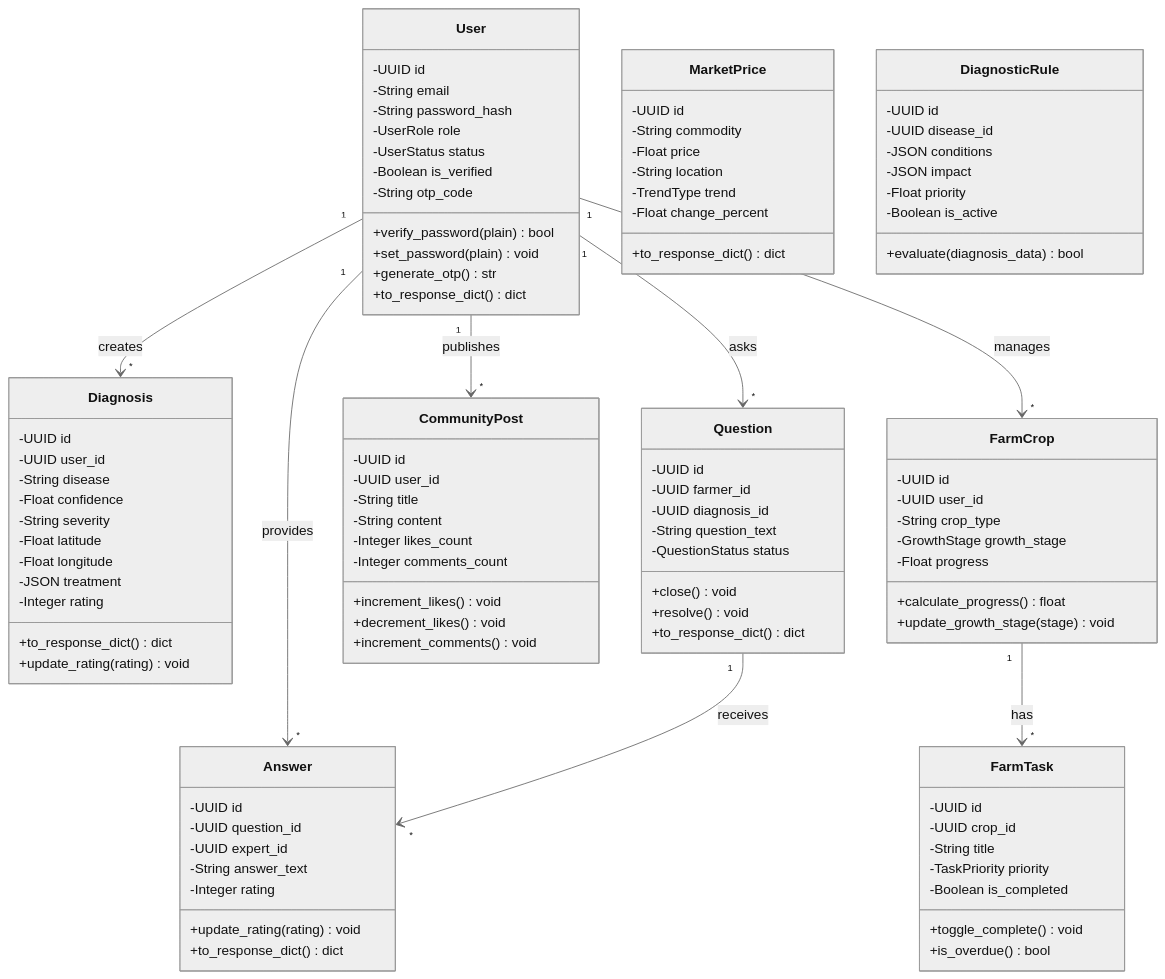
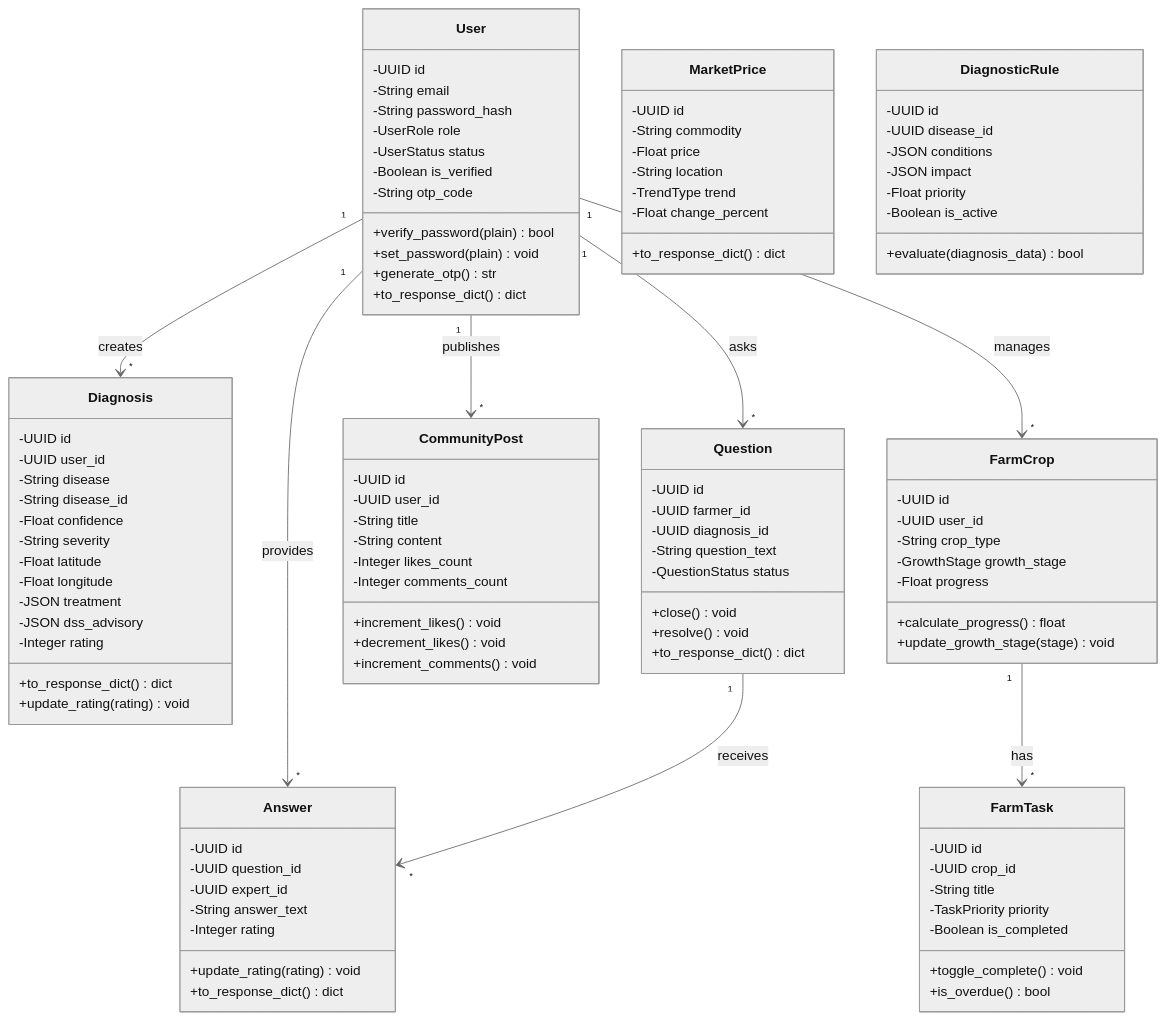
Before and after one commit to akshayks13/AI-Crop-Disease-Diagnosis-System: the second of 3 diagrams in docs/ARCHITECTURE.md, drawn with Mermaid (neutral theme). The commit also changed other lines of this file and 9 other files, not shown here.

```diff
--- a/docs/ARCHITECTURE.md
+++ b/docs/ARCHITECTURE.md
@@ -73,11 +98,13 @@
         -UUID id
         -UUID user_id
         -String disease
+        -String disease_id
         -Float confidence
         -String severity
         -Float latitude
         -Float longitude
         -JSON treatment
+        -JSON dss_advisory
         -Integer rating
         +to_response_dict() dict
         +update_rating(rating) void
```
